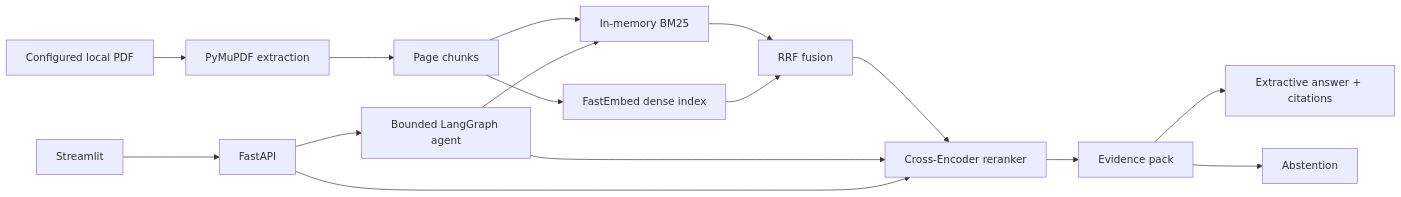
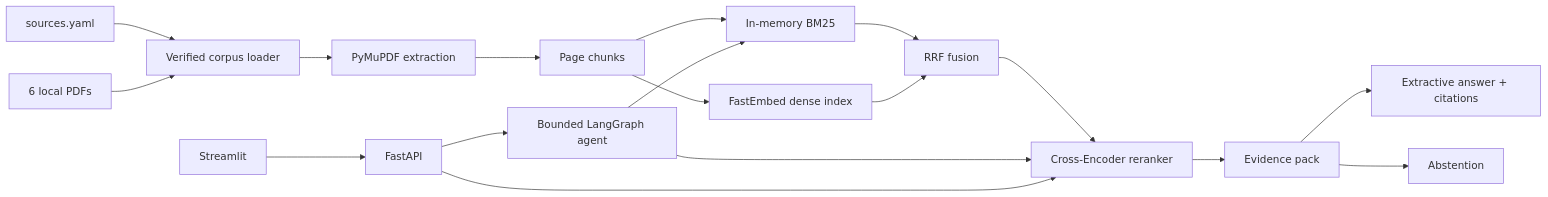
Before and after one commit to doyeon789/semiconductor-document-rag-ai-agent: the first of 2 diagrams in docs/architecture.md, drawn with Mermaid. The commit also changed other lines of this file and 10 other files, not shown here.

````diff
--- a/docs/architecture.md
+++ b/docs/architecture.md
@@ -12,18 +12,20 @@
 ```mermaid
 flowchart LR
-    PDF["Configured local PDF"] --> PARSE["PyMuPDF extraction"]
+    CATALOG["sources.yaml"] --> LOAD["Verified corpus loader"]
+    PDF["6 local PDFs"] --> LOAD
+    LOAD --> PARSE["PyMuPDF extraction"]
     PARSE --> CHUNK["Page chunks"]
     CHUNK --> BM25["In-memory BM25"]
     CHUNK --> DENSE["FastEmbed dense index"]
     BM25 --> HYBRID["RRF fusion"]
     DENSE --> HYBRID
     HYBRID --> RERANK["Cross-Encoder reranker"]
     RERANK --> EVIDENCE["Evidence pack"]
     EVIDENCE --> ANSWER["Extractive answer + citations"]
     EVIDENCE --> ABSTAIN["Abstention"]
     AGENT["Bounded LangGraph agent"] --> BM25
     AGENT --> RERANK
     UI["Streamlit"] --> API["FastAPI"]
     API --> AGENT
     API --> RERANK
 ```
````
